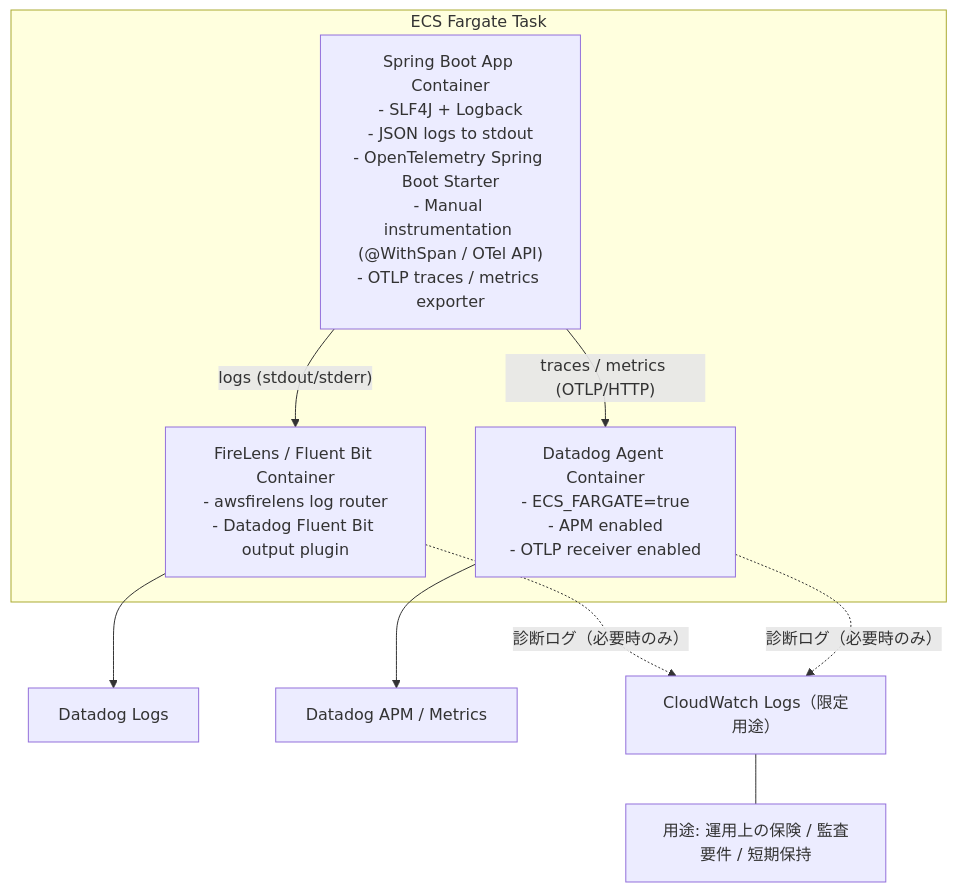
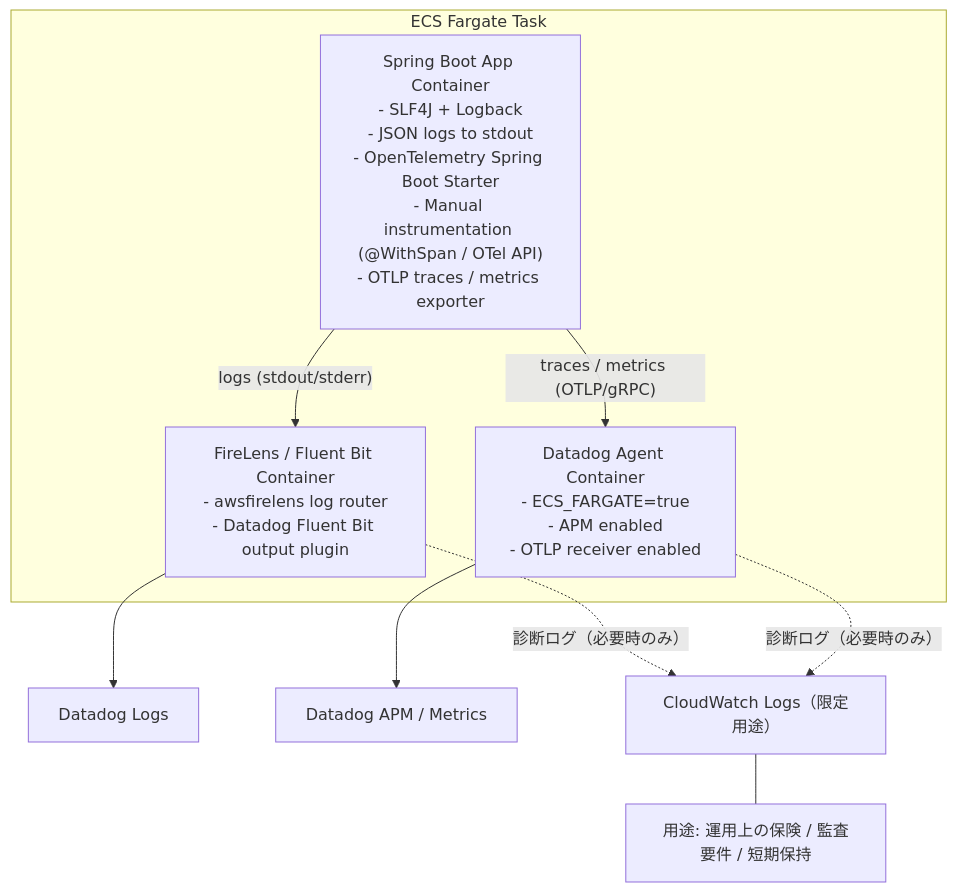
One commit to rafty/Todo-ECS-Observability-Sample changed the fourth of 4 diagrams in docs/adr/adr-0001-o11y-datadog-otel-ecs-fargate.md. Above: the diagram before and after it, drawn with Mermaid. The commit also changed other lines of this file and 13 other files, not shown here.

Commit message:
`feat(backend,docs): OTel fix-02 を実装し Datadog 相関仕様を整合` - `   - backend: OpenTelemetry Logback Appender 初期化を追加（失敗時は劣化運転）   - backend: OTLP exporter を gRPC(4317) 前提へ更新   - backend: trace_id/span_id 相関方針に沿ってログ整合   - test: telemetry 初期化テストを追加・更新   - docs/specs: ADR・specs・tasks を fix-02 方針で更新

````diff
--- a/docs/adr/adr-0001-o11y-datadog-otel-ecs-fargate.md
+++ b/docs/adr/adr-0001-o11y-datadog-otel-ecs-fargate.md
@@ -262,18 +282,18 @@
 ```mermaid
 flowchart TB
   subgraph TASK["ECS Fargate Task"]
     APP["Spring Boot App Container<br/>- SLF4J + Logback<br/>- JSON logs to stdout<br/>- OpenTelemetry Spring Boot Starter<br/>- Manual instrumentation (@WithSpan / OTel API)<br/>- OTLP traces / metrics exporter"]
     FL["FireLens / Fluent Bit Container<br/>- awsfirelens log router<br/>- Datadog Fluent Bit output plugin"]
     AG["Datadog Agent Container<br/>- ECS_FARGATE=true<br/>- APM enabled<br/>- OTLP receiver enabled"]
   end
 
   APP -- "logs (stdout/stderr)" --> FL
   FL --> DDLOG["Datadog Logs"]
 
-  APP -- "traces / metrics (OTLP/HTTP)" --> AG
+  APP -- "traces / metrics (OTLP/gRPC)" --> AG
   AG --> DDAPM["Datadog APM / Metrics"]
 
   FL -. "診断ログ（必要時のみ）" .-> CW["CloudWatch Logs（限定用途）"]
   AG -. "診断ログ（必要時のみ）" .-> CW
   CW --- CWM["用途: 運用上の保険 / 監査要件 / 短期保持"]
 ```
````
